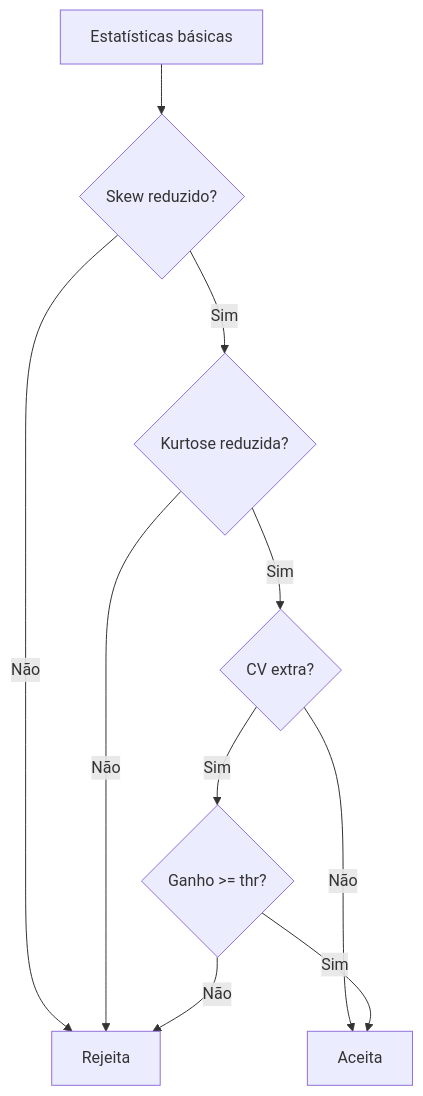
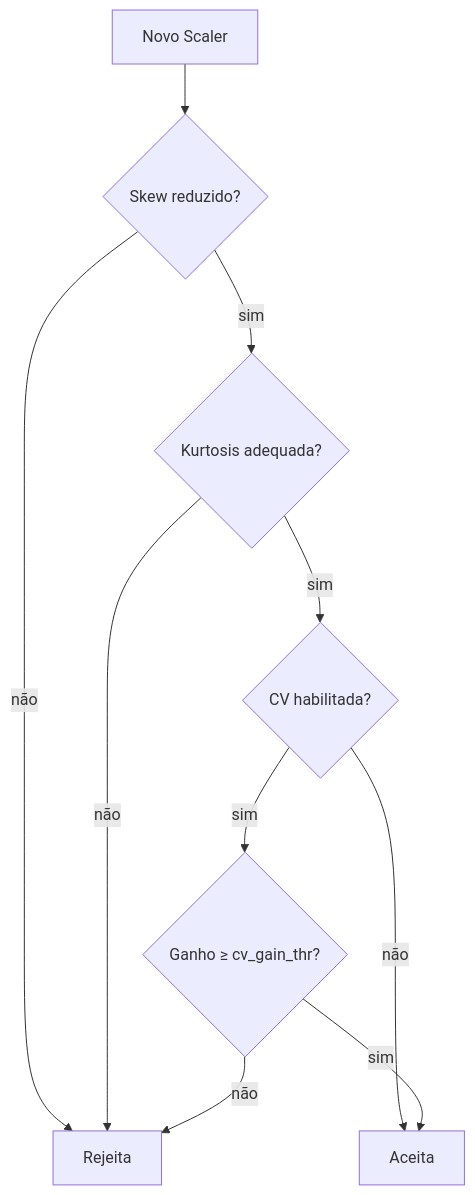
Before and after one commit to joaaomaia/DynamicScaler: the second of 2 diagrams in README.md, drawn with Mermaid. The commit also changed other lines of this file and 1 other file, not shown here.

````diff
--- a/README.md
+++ b/README.md
@@ -130,12 +95,12 @@
 ```mermaid
 flowchart TD
-    A[Estatísticas básicas] --> B{Skew reduzido?}
-    B -- Não --> R[Rejeita]
-    B -- Sim --> C{Kurtose reduzida?}
-    C -- Não --> R
-    C -- Sim --> D{CV extra?}
-    D -- Não --> Aceita
-    D -- Sim --> E{Ganho >= thr?}
-    E -- Sim --> Aceita
-    E -- Não --> R
+    A[Novo Scaler] --> B{Skew reduzido?}
+    B -- não --> Rejeita
+    B -- sim --> C{Kurtosis adequada?}
+    C -- não --> Rejeita
+    C -- sim --> D{CV habilitada?}
+    D -- não --> Aceita
+    D -- sim --> E{Ganho ≥ cv_gain_thr?}
+    E -- sim --> Aceita
+    E -- não --> Rejeita
 ```
````
